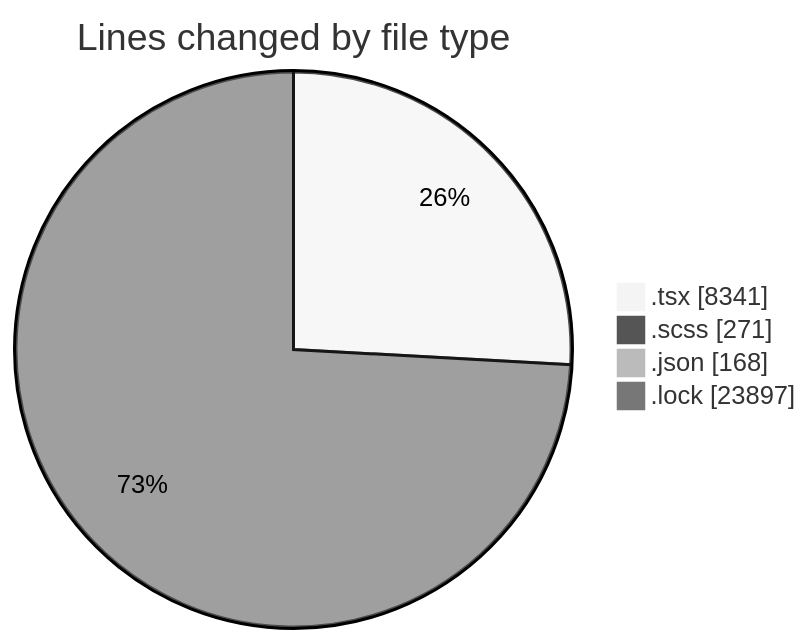
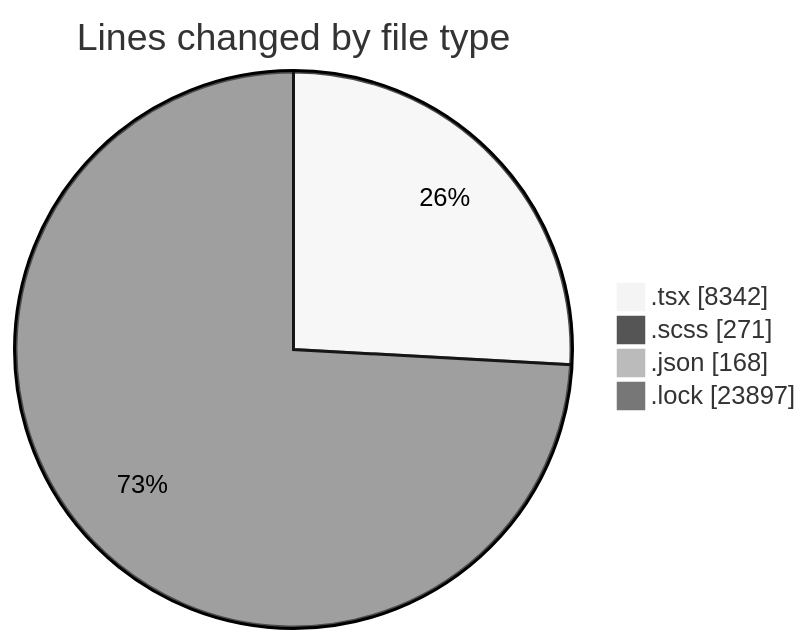
Before and after one commit to momahboobian/code-tracking: the first of 2 diagrams in 2025-11-18/cda/README.md, drawn with Mermaid (neutral theme). The commit also changed other lines of this file and 1 other file, not shown here.

````diff
--- a/2025-11-18/cda/README.md
+++ b/2025-11-18/cda/README.md
@@ -35,8 +35,8 @@
 ```mermaid
 pie showData
 title Lines changed by file type
-".tsx" : 8341
+".tsx" : 8342
 ".scss" : 271
 ".json" : 168
 ".lock" : 23897
 ```
````
